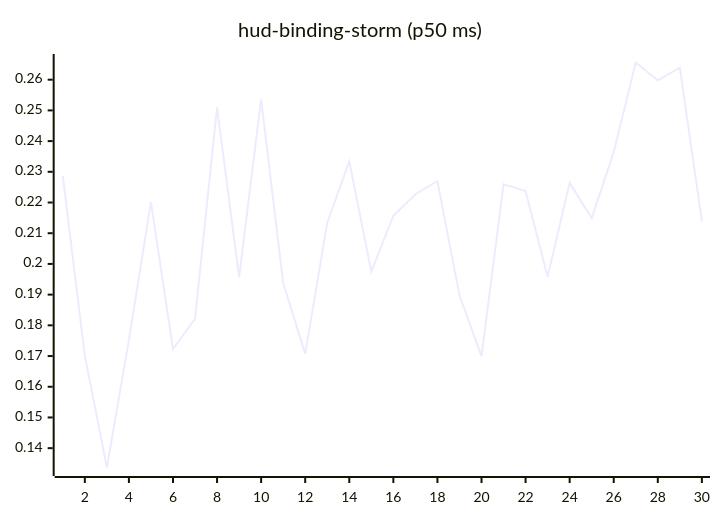
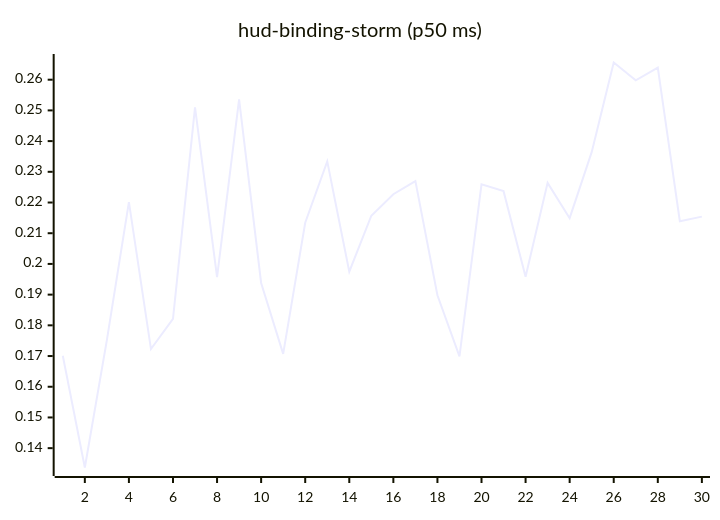
Before and after one commit to josha/Facet: the tenth of 27 diagrams in README.md, drawn with Mermaid. The commit also changed other lines of this file and 2 other files, not shown here.

````diff
--- a/README.md
+++ b/README.md
@@ -126,6 +126,6 @@
 ```mermaid
 xychart-beta
     title "hud-binding-storm (p50 ms)"
     x-axis 1 --> 30
-    line [0.2286, 0.1701, 0.1337, 0.1752, 0.2201, 0.1723, 0.1821, 0.2510, 0.1957, 0.2536, 0.1938, 0.1707, 0.2134, 0.2334, 0.1975, 0.2157, 0.2227, 0.2270, 0.1898, 0.1699, 0.2259, 0.2237, 0.1958, 0.2264, 0.2149, 0.2364, 0.2656, 0.2598, 0.2639, 0.2139]
+    line [0.1701, 0.1337, 0.1752, 0.2201, 0.1723, 0.1821, 0.2510, 0.1957, 0.2536, 0.1938, 0.1707, 0.2134, 0.2334, 0.1975, 0.2157, 0.2227, 0.2270, 0.1898, 0.1699, 0.2259, 0.2237, 0.1958, 0.2264, 0.2149, 0.2364, 0.2656, 0.2598, 0.2639, 0.2139, 0.2154]
 ```
````
